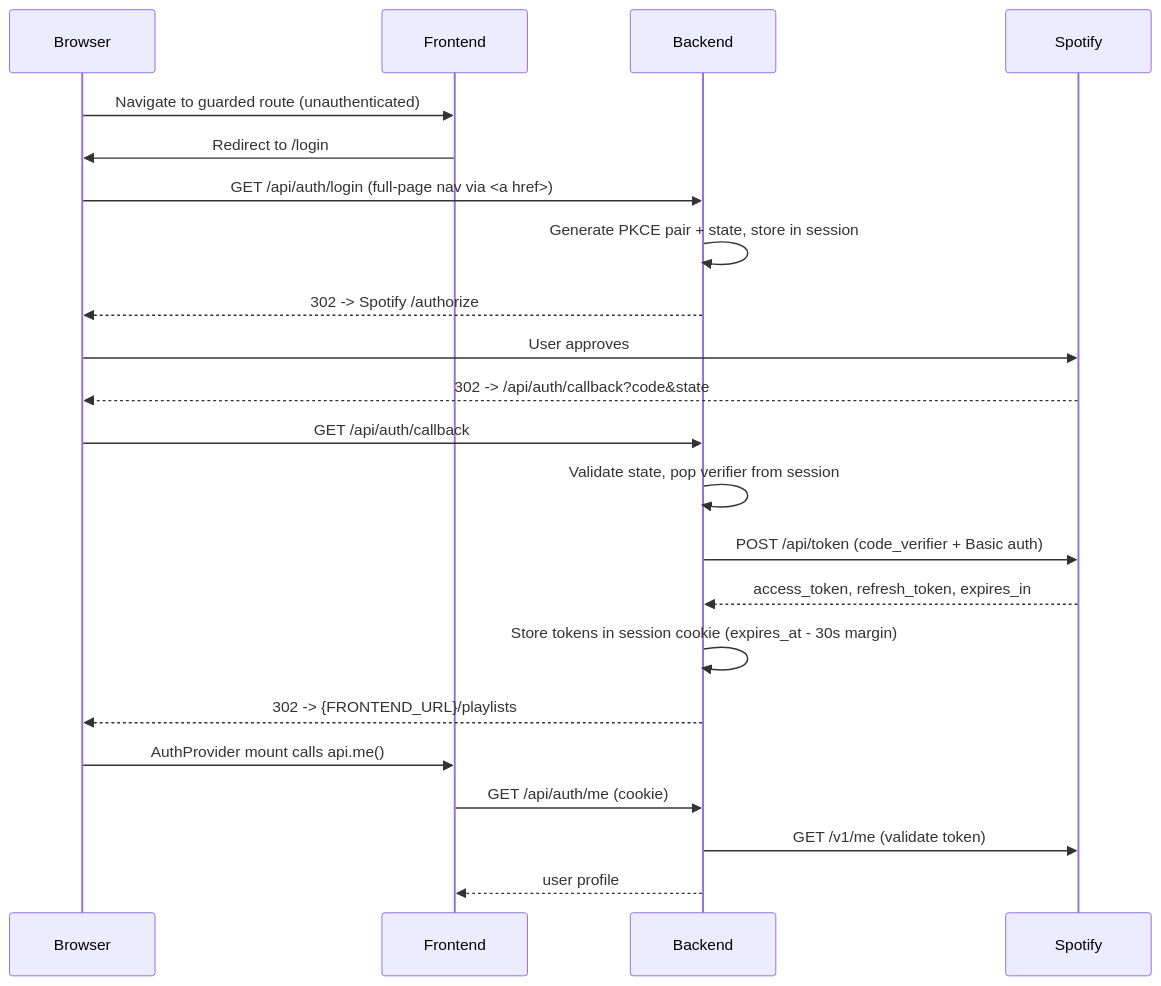
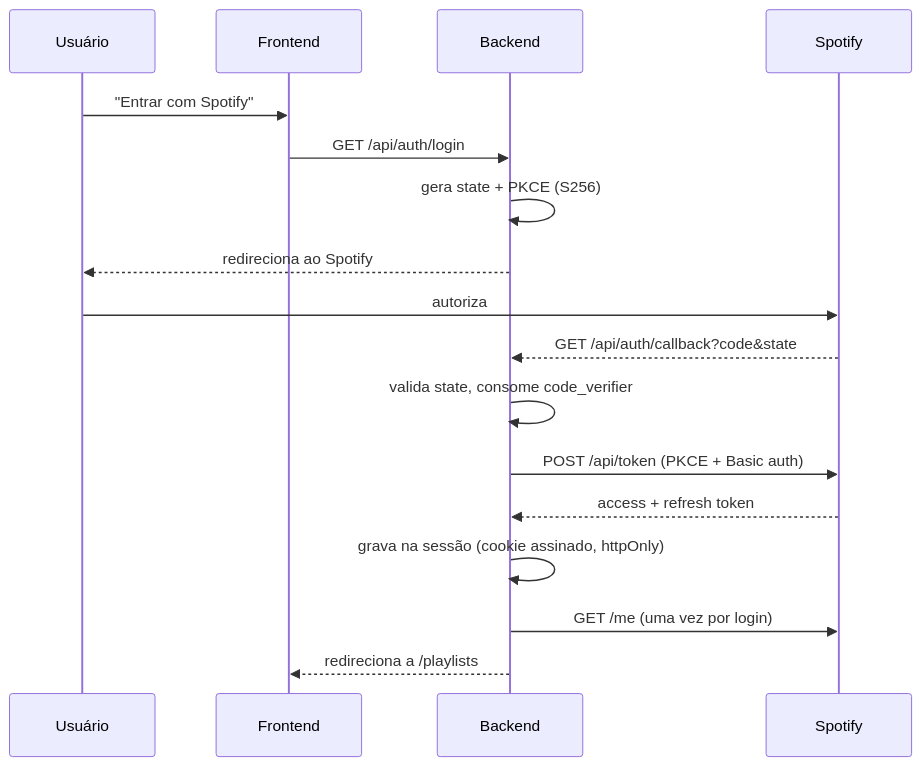
The second of 4 diagrams in docs/CODEBASE_MAP.md (HuananCanova/playlist-classifier), drawn with Mermaid before and after one commit. The commit also changed other lines of this file, not shown here.

First line of the commit message:
Remapeia o código com o Cartographer

````diff
--- a/docs/CODEBASE_MAP.md
+++ b/docs/CODEBASE_MAP.md
@@ -303,25 +305,20 @@
 ```mermaid
 sequenceDiagram
-    participant Browser
-    participant Frontend
-    participant Backend
-    participant Spotify
+    participant U as Usuário
+    participant F as Frontend
+    participant B as Backend
+    participant S as Spotify
 
-    Browser->>Frontend: Navigate to guarded route (unauthenticated)
-    Frontend->>Browser: Redirect to /login
-    Browser->>Backend: GET /api/auth/login (full-page nav via <a href>)
-    Backend->>Backend: Generate PKCE pair + state, store in session
-    Backend-->>Browser: 302 -> Spotify /authorize
-    Browser->>Spotify: User approves
-    Spotify-->>Browser: 302 -> /api/auth/callback?code&state
-    Browser->>Backend: GET /api/auth/callback
-    Backend->>Backend: Validate state, pop verifier from session
-    Backend->>Spotify: POST /api/token (code_verifier + Basic auth)
-    Spotify-->>Backend: access_token, refresh_token, expires_in
-    Backend->>Backend: Store tokens in session cookie (expires_at - 30s margin)
-    Backend-->>Browser: 302 -> {FRONTEND_URL}/playlists
-    Browser->>Frontend: AuthProvider mount calls api.me()
-    Frontend->>Backend: GET /api/auth/me (cookie)
-    Backend->>Spotify: GET /v1/me (validate token)
-    Backend-->>Frontend: user profile
+    U->>F: "Entrar com Spotify"
+    F->>B: GET /api/auth/login
+    B->>B: gera state + PKCE (S256)
+    B-->>U: redireciona ao Spotify
+    U->>S: autoriza
+    S-->>B: GET /api/auth/callback?code&state
+    B->>B: valida state, consome code_verifier
+    B->>S: POST /api/token (PKCE + Basic auth)
+    S-->>B: access + refresh token
+    B->>B: grava na sessão (cookie assinado, httpOnly)
+    B->>S: GET /me (uma vez por login)
+    B-->>F: redireciona a /playlists
 ```
````
